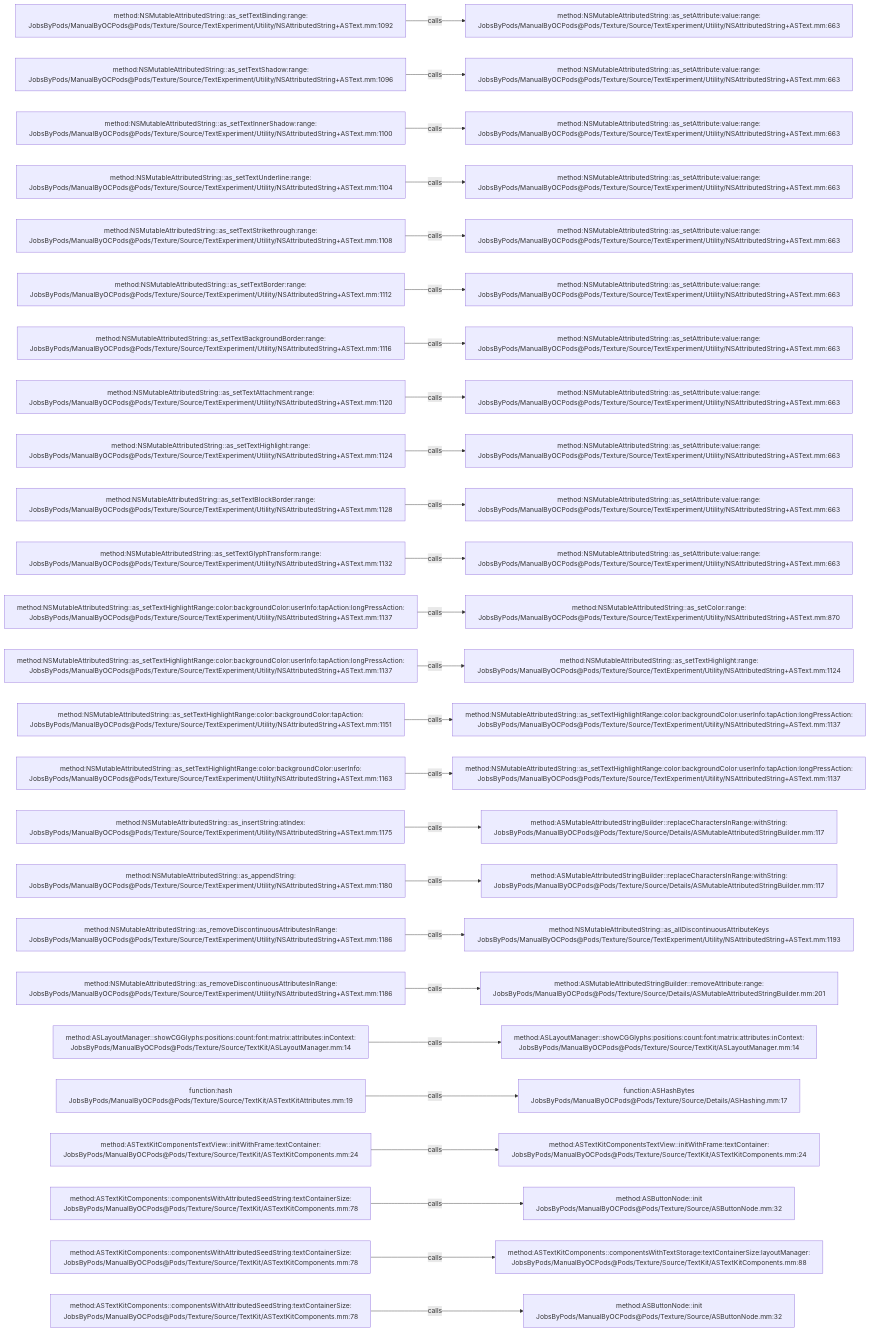
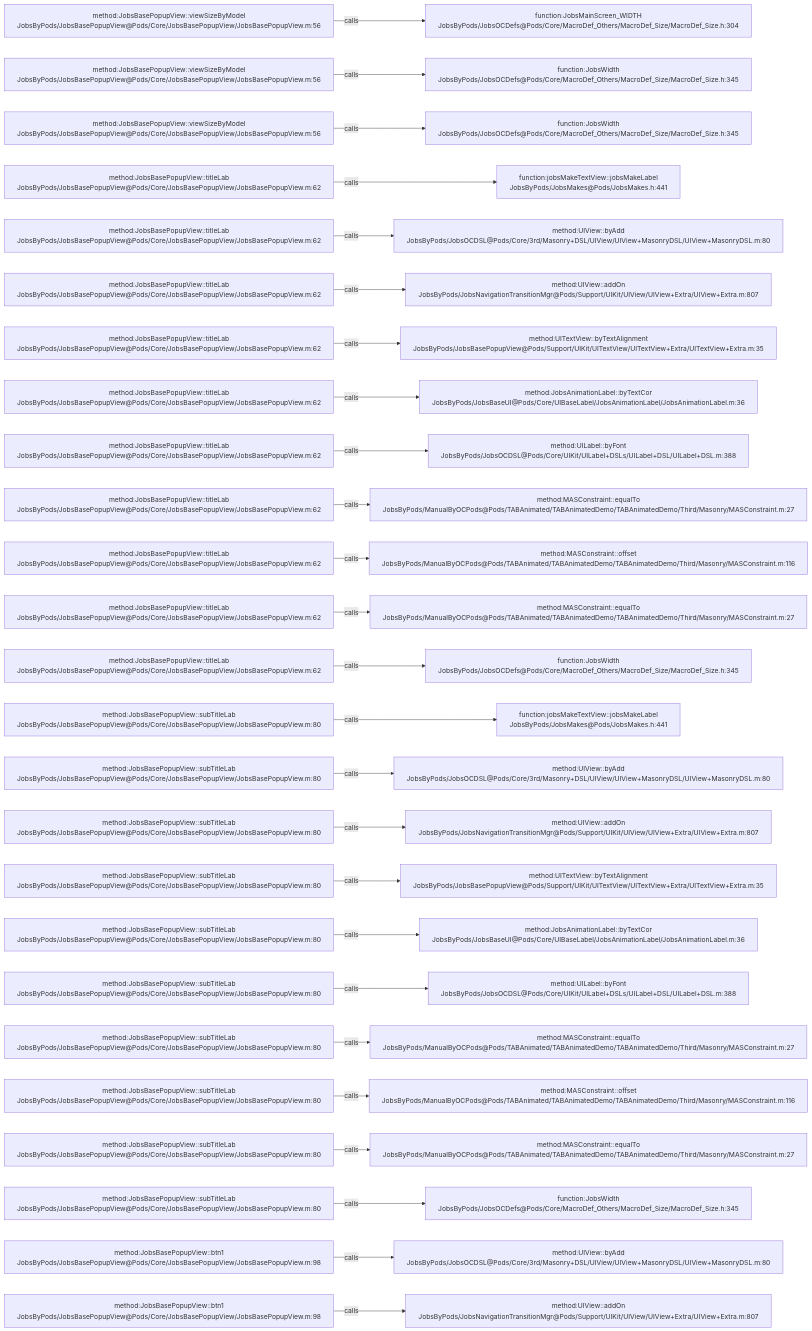
The diagram in .codegraph/codegraph.md/graphs/calls-200.md (JobsKits/JobsOCBaseConfigDemo), drawn with Mermaid before and after one commit. The commit also changed 768 other files, not shown here.

````diff
--- a/.codegraph/codegraph.md/graphs/calls-200.md
+++ b/.codegraph/codegraph.md/graphs/calls-200.md
@@ -13,78 +13,78 @@
 ```mermaid
 flowchart LR
-  S1["method:NSMutableAttributedString::as_setTextBinding:range:<br/>JobsByPods/ManualByOCPods@Pods/Texture/Source/TextExperiment/Utility/NSAttributedString+ASText.mm:1092"]
-  T1["method:NSMutableAttributedString::as_setAttribute:value:range:<br/>JobsByPods/ManualByOCPods@Pods/Texture/Source/TextExperiment/Utility/NSAttributedString+ASText.mm:663"]
+  S1["method:JobsBasePopupView::viewSizeByModel<br/>JobsByPods/JobsBasePopupView@Pods/Core/JobsBasePopupView/JobsBasePopupView.m:56"]
+  T1["function:JobsMainScreen_WIDTH<br/>JobsByPods/JobsOCDefs@Pods/Core/MacroDef_Others/MacroDef_Size/MacroDef_Size.h:304"]
   S1 -->|calls| T1
-  S2["method:NSMutableAttributedString::as_setTextShadow:range:<br/>JobsByPods/ManualByOCPods@Pods/Texture/Source/TextExperiment/Utility/NSAttributedString+ASText.mm:1096"]
-  T2["method:NSMutableAttributedString::as_setAttribute:value:range:<br/>JobsByPods/ManualByOCPods@Pods/Texture/Source/TextExperiment/Utility/NSAttributedString+ASText.mm:663"]
+  S2["method:JobsBasePopupView::viewSizeByModel<br/>JobsByPods/JobsBasePopupView@Pods/Core/JobsBasePopupView/JobsBasePopupView.m:56"]
+  T2["function:JobsWidth<br/>JobsByPods/JobsOCDefs@Pods/Core/MacroDef_Others/MacroDef_Size/MacroDef_Size.h:345"]
   S2 -->|calls| T2
-  S3["method:NSMutableAttributedString::as_setTextInnerShadow:range:<br/>JobsByPods/ManualByOCPods@Pods/Texture/Source/TextExperiment/Utility/NSAttributedString+ASText.mm:1100"]
-  T3["method:NSMutableAttributedString::as_setAttribute:value:range:<br/>JobsByPods/ManualByOCPods@Pods/Texture/Source/TextExperiment/Utility/NSAttributedString+ASText.mm:663"]
+  S3["method:JobsBasePopupView::viewSizeByModel<br/>JobsByPods/JobsBasePopupView@Pods/Core/JobsBasePopupView/JobsBasePopupView.m:56"]
+  T3["function:JobsWidth<br/>JobsByPods/JobsOCDefs@Pods/Core/MacroDef_Others/MacroDef_Size/MacroDef_Size.h:345"]
   S3 -->|calls| T3
-  S4["method:NSMutableAttributedString::as_setTextUnderline:range:<br/>JobsByPods/ManualByOCPods@Pods/Texture/Source/TextExperiment/Utility/NSAttributedString+ASText.mm:1104"]
-  T4["method:NSMutableAttributedString::as_setAttribute:value:range:<br/>JobsByPods/ManualByOCPods@Pods/Texture/Source/TextExperiment/Utility/NSAttributedString+ASText.mm:663"]
+  S4["method:JobsBasePopupView::titleLab<br/>JobsByPods/JobsBasePopupView@Pods/Core/JobsBasePopupView/JobsBasePopupView.m:62"]
+  T4["function:jobsMakeTextView::jobsMakeLabel<br/>JobsByPods/JobsMakes@Pods/JobsMakes.h:441"]
   S4 -->|calls| T4
-  S5["method:NSMutableAttributedString::as_setTextStrikethrough:range:<br/>JobsByPods/ManualByOCPods@Pods/Texture/Source/TextExperiment/Utility/NSAttributedString+ASText.mm:1108"]
-  T5["method:NSMutableAttributedString::as_setAttribute:value:range:<br/>JobsByPods/ManualByOCPods@Pods/Texture/Source/TextExperiment/Utility/NSAttributedString+ASText.mm:663"]
+  S5["method:JobsBasePopupView::titleLab<br/>JobsByPods/JobsBasePopupView@Pods/Core/JobsBasePopupView/JobsBasePopupView.m:62"]
+  T5["method:UIView::byAdd<br/>JobsByPods/JobsOCDSL@Pods/Core/3rd/Masonry+DSL/UIView/UIView+MasonryDSL/UIView+MasonryDSL.m:80"]
   S5 -->|calls| T5
-  S6["method:NSMutableAttributedString::as_setTextBorder:range:<br/>JobsByPods/ManualByOCPods@Pods/Texture/Source/TextExperiment/Utility/NSAttributedString+ASText.mm:1112"]
-  T6["method:NSMutableAttributedString::as_setAttribute:value:range:<br/>JobsByPods/ManualByOCPods@Pods/Texture/Source/TextExperiment/Utility/NSAttributedString+ASText.mm:663"]
+  S6["method:JobsBasePopupView::titleLab<br/>JobsByPods/JobsBasePopupView@Pods/Core/JobsBasePopupView/JobsBasePopupView.m:62"]
+  T6["method:UIView::addOn<br/>JobsByPods/JobsNavigationTransitionMgr@Pods/Support/UIKit/UIView/UIView+Extra/UIView+Extra.m:807"]
   S6 -->|calls| T6
-  S7["method:NSMutableAttributedString::as_setTextBackgroundBorder:range:<br/>JobsByPods/ManualByOCPods@Pods/Texture/Source/TextExperiment/Utility/NSAttributedString+ASText.mm:1116"]
-  T7["method:NSMutableAttributedString::as_setAttribute:value:range:<br/>JobsByPods/ManualByOCPods@Pods/Texture/Source/TextExperiment/Utility/NSAttributedString+ASText.mm:663"]
+  S7["method:JobsBasePopupView::titleLab<br/>JobsByPods/JobsBasePopupView@Pods/Core/JobsBasePopupView/JobsBasePopupView.m:62"]
+  T7["method:UITextView::byTextAlignment<br/>JobsByPods/JobsBasePopupView@Pods/Support/UIKit/UITextView/UITextView+Extra/UITextView+Extra.m:35"]
   S7 -->|calls| T7
-  S8["method:NSMutableAttributedString::as_setTextAttachment:range:<br/>JobsByPods/ManualByOCPods@Pods/Texture/Source/TextExperiment/Utility/NSAttributedString+ASText.mm:1120"]
-  T8["method:NSMutableAttributedString::as_setAttribute:value:range:<br/>JobsByPods/ManualByOCPods@Pods/Texture/Source/TextExperiment/Utility/NSAttributedString+ASText.mm:663"]
+  S8["method:JobsBasePopupView::titleLab<br/>JobsByPods/JobsBasePopupView@Pods/Core/JobsBasePopupView/JobsBasePopupView.m:62"]
+  T8["method:JobsAnimationLabel::byTextCor<br/>JobsByPods/JobsBaseUI@Pods/Core/UIBaseLabel/JobsAnimationLabel/JobsAnimationLabel.m:36"]
   S8 -->|calls| T8
-  S9["method:NSMutableAttributedString::as_setTextHighlight:range:<br/>JobsByPods/ManualByOCPods@Pods/Texture/Source/TextExperiment/Utility/NSAttributedString+ASText.mm:1124"]
-  T9["method:NSMutableAttributedString::as_setAttribute:value:range:<br/>JobsByPods/ManualByOCPods@Pods/Texture/Source/TextExperiment/Utility/NSAttributedString+ASText.mm:663"]
+  S9["method:JobsBasePopupView::titleLab<br/>JobsByPods/JobsBasePopupView@Pods/Core/JobsBasePopupView/JobsBasePopupView.m:62"]
+  T9["method:UILabel::byFont<br/>JobsByPods/JobsOCDSL@Pods/Core/UIKit/UILabel+DSLs/UILabel+DSL/UILabel+DSL.m:388"]
   S9 -->|calls| T9
-  S10["method:NSMutableAttributedString::as_setTextBlockBorder:range:<br/>JobsByPods/ManualByOCPods@Pods/Texture/Source/TextExperiment/Utility/NSAttributedString+ASText.mm:1128"]
-  T10["method:NSMutableAttributedString::as_setAttribute:value:range:<br/>JobsByPods/ManualByOCPods@Pods/Texture/Source/TextExperiment/Utility/NSAttributedString+ASText.mm:663"]
+  S10["method:JobsBasePopupView::titleLab<br/>JobsByPods/JobsBasePopupView@Pods/Core/JobsBasePopupView/JobsBasePopupView.m:62"]
+  T10["method:MASConstraint::equalTo<br/>JobsByPods/ManualByOCPods@Pods/TABAnimated/TABAnimatedDemo/TABAnimatedDemo/Third/Masonry/MASConstraint.m:27"]
   S10 -->|calls| T10
-  S11["method:NSMutableAttributedString::as_setTextGlyphTransform:range:<br/>JobsByPods/ManualByOCPods@Pods/Texture/Source/TextExperiment/Utility/NSAttributedString+ASText.mm:1132"]
-  T11["method:NSMutableAttributedString::as_setAttribute:value:range:<br/>JobsByPods/ManualByOCPods@Pods/Texture/Source/TextExperiment/Utility/NSAttributedString+ASText.mm:663"]
+  S11["method:JobsBasePopupView::titleLab<br/>JobsByPods/JobsBasePopupView@Pods/Core/JobsBasePopupView/JobsBasePopupView.m:62"]
+  T11["method:MASConstraint::offset<br/>JobsByPods/ManualByOCPods@Pods/TABAnimated/TABAnimatedDemo/TABAnimatedDemo/Third/Masonry/MASConstraint.m:116"]
   S11 -->|calls| T11
-  S12["method:NSMutableAttributedString::as_setTextHighlightRange:color:backgroundColor:userInfo:tapAction:longPressAction:<br/>JobsByPods/ManualByOCPods@Pods/Texture/Source/TextExperiment/Utility/NSAttributedString+ASText.mm:1137"]
-  T12["method:NSMutableAttributedString::as_setColor:range:<br/>JobsByPods/ManualByOCPods@Pods/Texture/Source/TextExperiment/Utility/NSAttributedString+ASText.mm:870"]
+  S12["method:JobsBasePopupView::titleLab<br/>JobsByPods/JobsBasePopupView@Pods/Core/JobsBasePopupView/JobsBasePopupView.m:62"]
+  T12["method:MASConstraint::equalTo<br/>JobsByPods/ManualByOCPods@Pods/TABAnimated/TABAnimatedDemo/TABAnimatedDemo/Third/Masonry/MASConstraint.m:27"]
   S12 -->|calls| T12
-  S13["method:NSMutableAttributedString::as_setTextHighlightRange:color:backgroundColor:userInfo:tapAction:longPressAction:<br/>JobsByPods/ManualByOCPods@Pods/Texture/Source/TextExperiment/Utility/NSAttributedString+ASText.mm:1137"]
-  T13["method:NSMutableAttributedString::as_setTextHighlight:range:<br/>JobsByPods/ManualByOCPods@Pods/Texture/Source/TextExperiment/Utility/NSAttributedString+ASText.mm:1124"]
+  S13["method:JobsBasePopupView::titleLab<br/>JobsByPods/JobsBasePopupView@Pods/Core/JobsBasePopupView/JobsBasePopupView.m:62"]
+  T13["function:JobsWidth<br/>JobsByPods/JobsOCDefs@Pods/Core/MacroDef_Others/MacroDef_Size/MacroDef_Size.h:345"]
   S13 -->|calls| T13
-  S14["method:NSMutableAttributedString::as_setTextHighlightRange:color:backgroundColor:tapAction:<br/>JobsByPods/ManualByOCPods@Pods/Texture/Source/TextExperiment/Utility/NSAttributedString+ASText.mm:1151"]
-  T14["method:NSMutableAttributedString::as_setTextHighlightRange:color:backgroundColor:userInfo:tapAction:longPressAction:<br/>JobsByPods/ManualByOCPods@Pods/Texture/Source/TextExperiment/Utility/NSAttributedString+ASText.mm:1137"]
+  S14["method:JobsBasePopupView::subTitleLab<br/>JobsByPods/JobsBasePopupView@Pods/Core/JobsBasePopupView/JobsBasePopupView.m:80"]
+  T14["function:jobsMakeTextView::jobsMakeLabel<br/>JobsByPods/JobsMakes@Pods/JobsMakes.h:441"]
   S14 -->|calls| T14
-  S15["method:NSMutableAttributedString::as_setTextHighlightRange:color:backgroundColor:userInfo:<br/>JobsByPods/ManualByOCPods@Pods/Texture/Source/TextExperiment/Utility/NSAttributedString+ASText.mm:1163"]
-  T15["method:NSMutableAttributedString::as_setTextHighlightRange:color:backgroundColor:userInfo:tapAction:longPressAction:<br/>JobsByPods/ManualByOCPods@Pods/Texture/Source/TextExperiment/Utility/NSAttributedString+ASText.mm:1137"]
+  S15["method:JobsBasePopupView::subTitleLab<br/>JobsByPods/JobsBasePopupView@Pods/Core/JobsBasePopupView/JobsBasePopupView.m:80"]
+  T15["method:UIView::byAdd<br/>JobsByPods/JobsOCDSL@Pods/Core/3rd/Masonry+DSL/UIView/UIView+MasonryDSL/UIView+MasonryDSL.m:80"]
   S15 -->|calls| T15
-  S16["method:NSMutableAttributedString::as_insertString:atIndex:<br/>JobsByPods/ManualByOCPods@Pods/Texture/Source/TextExperiment/Utility/NSAttributedString+ASText.mm:1175"]
-  T16["method:ASMutableAttributedStringBuilder::replaceCharactersInRange:withString:<br/>JobsByPods/ManualByOCPods@Pods/Texture/Source/Details/ASMutableAttributedStringBuilder.mm:117"]
+  S16["method:JobsBasePopupView::subTitleLab<br/>JobsByPods/JobsBasePopupView@Pods/Core/JobsBasePopupView/JobsBasePopupView.m:80"]
+  T16["method:UIView::addOn<br/>JobsByPods/JobsNavigationTransitionMgr@Pods/Support/UIKit/UIView/UIView+Extra/UIView+Extra.m:807"]
   S16 -->|calls| T16
-  S17["method:NSMutableAttributedString::as_appendString:<br/>JobsByPods/ManualByOCPods@Pods/Texture/Source/TextExperiment/Utility/NSAttributedString+ASText.mm:1180"]
-  T17["method:ASMutableAttributedStringBuilder::replaceCharactersInRange:withString:<br/>JobsByPods/ManualByOCPods@Pods/Texture/Source/Details/ASMutableAttributedStringBuilder.mm:117"]
+  S17["method:JobsBasePopupView::subTitleLab<br/>JobsByPods/JobsBasePopupView@Pods/Core/JobsBasePopupView/JobsBasePopupView.m:80"]
+  T17["method:UITextView::byTextAlignment<br/>JobsByPods/JobsBasePopupView@Pods/Support/UIKit/UITextView/UITextView+Extra/UITextView+Extra.m:35"]
   S17 -->|calls| T17
-  S18["method:NSMutableAttributedString::as_removeDiscontinuousAttributesInRange:<br/>JobsByPods/ManualByOCPods@Pods/Texture/Source/TextExperiment/Utility/NSAttributedString+ASText.mm:1186"]
-  T18["method:NSMutableAttributedString::as_allDiscontinuousAttributeKeys<br/>JobsByPods/ManualByOCPods@Pods/Texture/Source/TextExperiment/Utility/NSAttributedString+ASText.mm:1193"]
+  S18["method:JobsBasePopupView::subTitleLab<br/>JobsByPods/JobsBasePopupView@Pods/Core/JobsBasePopupView/JobsBasePopupView.m:80"]
+  T18["method:JobsAnimationLabel::byTextCor<br/>JobsByPods/JobsBaseUI@Pods/Core/UIBaseLabel/JobsAnimationLabel/JobsAnimationLabel.m:36"]
   S18 -->|calls| T18
-  S19["method:NSMutableAttributedString::as_removeDiscontinuousAttributesInRange:<br/>JobsByPods/ManualByOCPods@Pods/Texture/Source/TextExperiment/Utility/NSAttributedString+ASText.mm:1186"]
-  T19["method:ASMutableAttributedStringBuilder::removeAttribute:range:<br/>JobsByPods/ManualByOCPods@Pods/Texture/Source/Details/ASMutableAttributedStringBuilder.mm:201"]
+  S19["method:JobsBasePopupView::subTitleLab<br/>JobsByPods/JobsBasePopupView@Pods/Core/JobsBasePopupView/JobsBasePopupView.m:80"]
+  T19["method:UILabel::byFont<br/>JobsByPods/JobsOCDSL@Pods/Core/UIKit/UILabel+DSLs/UILabel+DSL/UILabel+DSL.m:388"]
   S19 -->|calls| T19
-  S20["method:ASLayoutManager::showCGGlyphs:positions:count:font:matrix:attributes:inContext:<br/>JobsByPods/ManualByOCPods@Pods/Texture/Source/TextKit/ASLayoutManager.mm:14"]
-  T20["method:ASLayoutManager::showCGGlyphs:positions:count:font:matrix:attributes:inContext:<br/>JobsByPods/ManualByOCPods@Pods/Texture/Source/TextKit/ASLayoutManager.mm:14"]
+  S20["method:JobsBasePopupView::subTitleLab<br/>JobsByPods/JobsBasePopupView@Pods/Core/JobsBasePopupView/JobsBasePopupView.m:80"]
+  T20["method:MASConstraint::equalTo<br/>JobsByPods/ManualByOCPods@Pods/TABAnimated/TABAnimatedDemo/TABAnimatedDemo/Third/Masonry/MASConstraint.m:27"]
   S20 -->|calls| T20
-  S21["function:hash<br/>JobsByPods/ManualByOCPods@Pods/Texture/Source/TextKit/ASTextKitAttributes.mm:19"]
-  T21["function:ASHashBytes<br/>JobsByPods/ManualByOCPods@Pods/Texture/Source/Details/ASHashing.mm:17"]
+  S21["method:JobsBasePopupView::subTitleLab<br/>JobsByPods/JobsBasePopupView@Pods/Core/JobsBasePopupView/JobsBasePopupView.m:80"]
+  T21["method:MASConstraint::offset<br/>JobsByPods/ManualByOCPods@Pods/TABAnimated/TABAnimatedDemo/TABAnimatedDemo/Third/Masonry/MASConstraint.m:116"]
   S21 -->|calls| T21
-  S22["method:ASTextKitComponentsTextView::initWithFrame:textContainer:<br/>JobsByPods/ManualByOCPods@Pods/Texture/Source/TextKit/ASTextKitComponents.mm:24"]
-  T22["method:ASTextKitComponentsTextView::initWithFrame:textContainer:<br/>JobsByPods/ManualByOCPods@Pods/Texture/Source/TextKit/ASTextKitComponents.mm:24"]
+  S22["method:JobsBasePopupView::subTitleLab<br/>JobsByPods/JobsBasePopupView@Pods/Core/JobsBasePopupView/JobsBasePopupView.m:80"]
+  T22["method:MASConstraint::equalTo<br/>JobsByPods/ManualByOCPods@Pods/TABAnimated/TABAnimatedDemo/TABAnimatedDemo/Third/Masonry/MASConstraint.m:27"]
   S22 -->|calls| T22
-  S23["method:ASTextKitComponents::componentsWithAttributedSeedString:textContainerSize:<br/>JobsByPods/ManualByOCPods@Pods/Texture/Source/TextKit/ASTextKitComponents.mm:78"]
-  T23["method:ASButtonNode::init<br/>JobsByPods/ManualByOCPods@Pods/Texture/Source/ASButtonNode.mm:32"]
+  S23["method:JobsBasePopupView::subTitleLab<br/>JobsByPods/JobsBasePopupView@Pods/Core/JobsBasePopupView/JobsBasePopupView.m:80"]
+  T23["function:JobsWidth<br/>JobsByPods/JobsOCDefs@Pods/Core/MacroDef_Others/MacroDef_Size/MacroDef_Size.h:345"]
   S23 -->|calls| T23
-  S24["method:ASTextKitComponents::componentsWithAttributedSeedString:textContainerSize:<br/>JobsByPods/ManualByOCPods@Pods/Texture/Source/TextKit/ASTextKitComponents.mm:78"]
-  T24["method:ASTextKitComponents::componentsWithTextStorage:textContainerSize:layoutManager:<br/>JobsByPods/ManualByOCPods@Pods/Texture/Source/TextKit/ASTextKitComponents.mm:88"]
+  S24["method:JobsBasePopupView::btn1<br/>JobsByPods/JobsBasePopupView@Pods/Core/JobsBasePopupView/JobsBasePopupView.m:98"]
+  T24["method:UIView::byAdd<br/>JobsByPods/JobsOCDSL@Pods/Core/3rd/Masonry+DSL/UIView/UIView+MasonryDSL/UIView+MasonryDSL.m:80"]
   S24 -->|calls| T24
-  S25["method:ASTextKitComponents::componentsWithAttributedSeedString:textContainerSize:<br/>JobsByPods/ManualByOCPods@Pods/Texture/Source/TextKit/ASTextKitComponents.mm:78"]
-  T25["method:ASButtonNode::init<br/>JobsByPods/ManualByOCPods@Pods/Texture/Source/ASButtonNode.mm:32"]
+  S25["method:JobsBasePopupView::btn1<br/>JobsByPods/JobsBasePopupView@Pods/Core/JobsBasePopupView/JobsBasePopupView.m:98"]
+  T25["method:UIView::addOn<br/>JobsByPods/JobsNavigationTransitionMgr@Pods/Support/UIKit/UIView/UIView+Extra/UIView+Extra.m:807"]
   S25 -->|calls| T25
 ```
````
